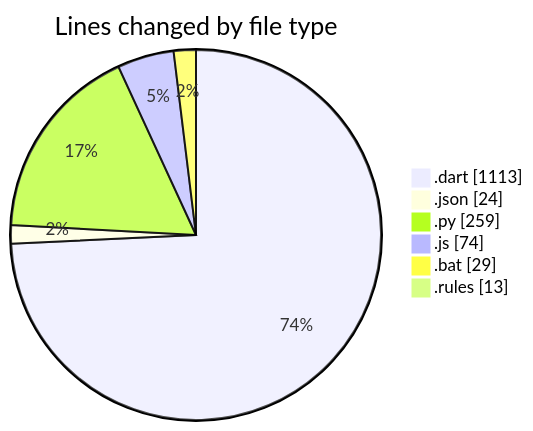
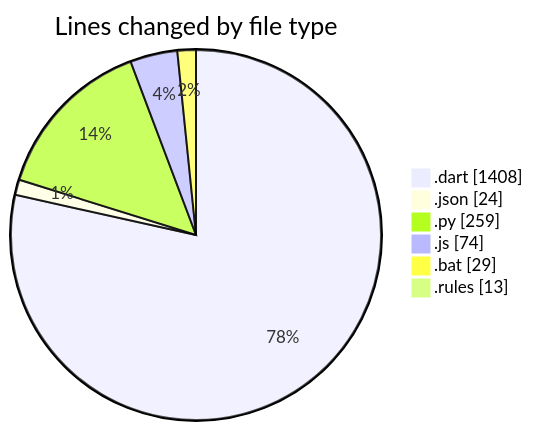
Before and after one commit to lephambinh05/code-tracking: the first of 2 diagrams in 2025-08-04/studybuddy/README.md, drawn with Mermaid. The commit also changed other lines of this file and 1 other file, not shown here.

````diff
--- a/2025-08-04/studybuddy/README.md
+++ b/2025-08-04/studybuddy/README.md
@@ -37,10 +39,10 @@
 ```mermaid
 pie showData
 title Lines changed by file type
-".dart" : 1113
+".dart" : 1408
 ".json" : 24
 ".py" : 259
 ".js" : 74
 ".bat" : 29
 ".rules" : 13
 ```
````
